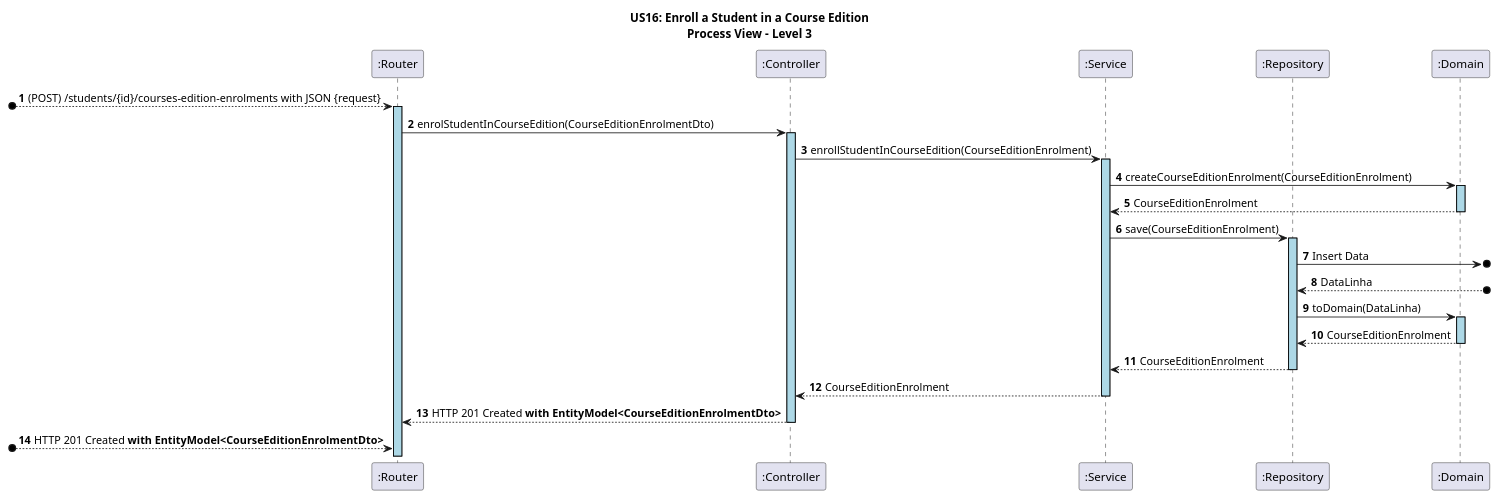
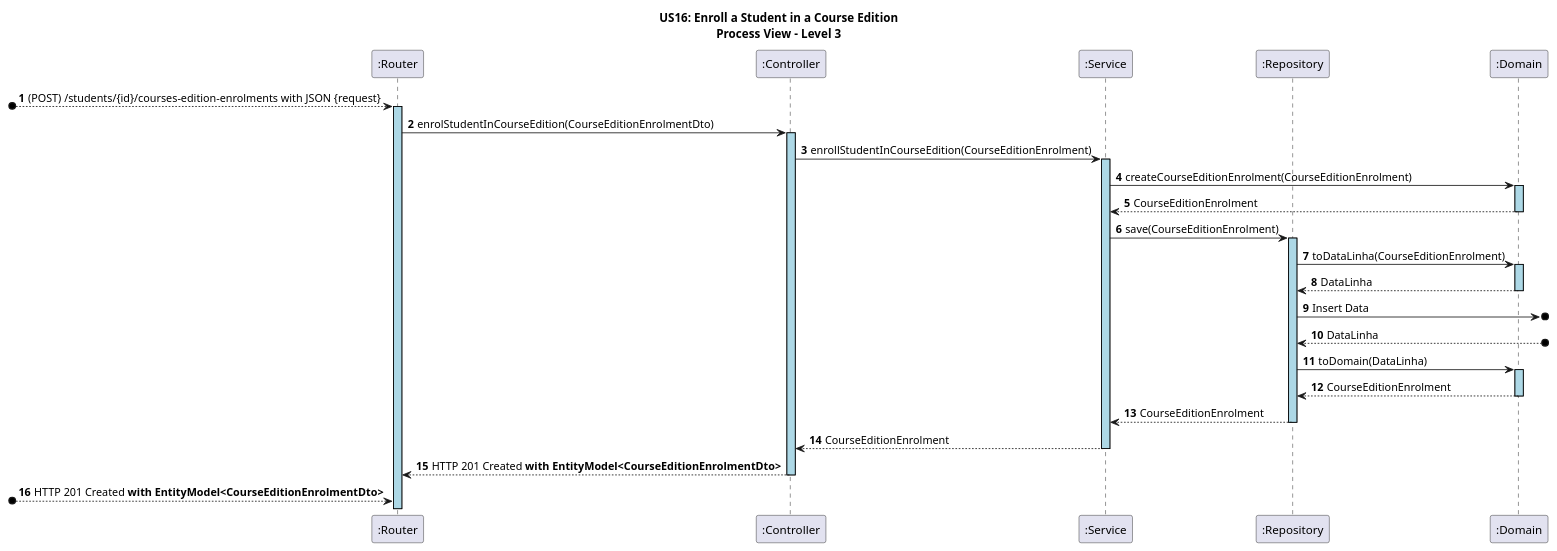
One commit to GasparISEP/DevOps-PAI changed the diagram in docs/US16/sprint6_RestController/process_view/Level3.puml. Above: the diagram before and after it, drawn with PlantUML. The commit also changed 1 other file, not shown here.

Commit message:
Enhance Level3 and Level4 UML diagrams to reflect updated CourseEditionEnrolment processes, including validation and data mapping changes. #659 #684

```diff
--- a/docs/US16/sprint6_RestController/process_view/Level3.puml
+++ b/docs/US16/sprint6_RestController/process_view/Level3.puml
@@ -1,47 +1,49 @@
 @startuml
 autonumber
 
 skinparam sequence {
     LifelineBorderColor black
     LifelineBackgroundColor LightBlue
     ActorBorderColor black
     ActorBackgroundColor LightGray
 }
 
 title US16: Enroll a Student in a Course Edition\nProcess View – Level 3
 
 participant ":Router" as RT
 participant ":Controller" as CT
 participant ":Service" as SE
 participant ":Repository" as RE
 participant ":Domain" as DM
 
 
  [o--> RT ++: (POST) /students/{id}/courses-edition-enrolments with JSON {request}
 RT -> CT ++: enrolStudentInCourseEdition(CourseEditionEnrolmentDto)
 
 CT -> SE ++: enrollStudentInCourseEdition(CourseEditionEnrolment)
 
 
 SE -> DM ++: createCourseEditionEnrolment(CourseEditionEnrolment)
 DM --> SE --: CourseEditionEnrolment
 
 SE -> RE ++: save(CourseEditionEnrolment)
 
+RE -> DM ++: toDataLinha(CourseEditionEnrolment)
+DM --> RE --: DataLinha	
 
 RE ->o]: Insert Data
 RE <--o]: DataLinha
 
 
 RE -> DM ++: toDomain(DataLinha)
 DM --> RE --: CourseEditionEnrolment
 
 RE --> SE --: CourseEditionEnrolment
 
 SE --> CT --: CourseEditionEnrolment
 
 CT --> RT --: HTTP 201 Created **with EntityModel<CourseEditionEnrolmentDto>**
 
 [o-->  RT: HTTP 201 Created **with EntityModel<CourseEditionEnrolmentDto>**
 
 @enduml
```
